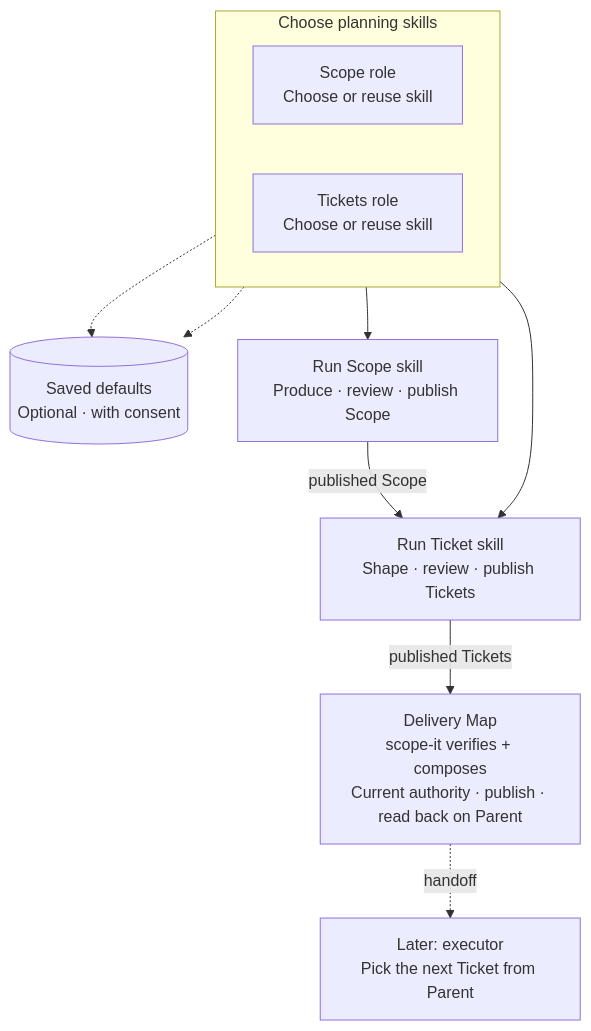
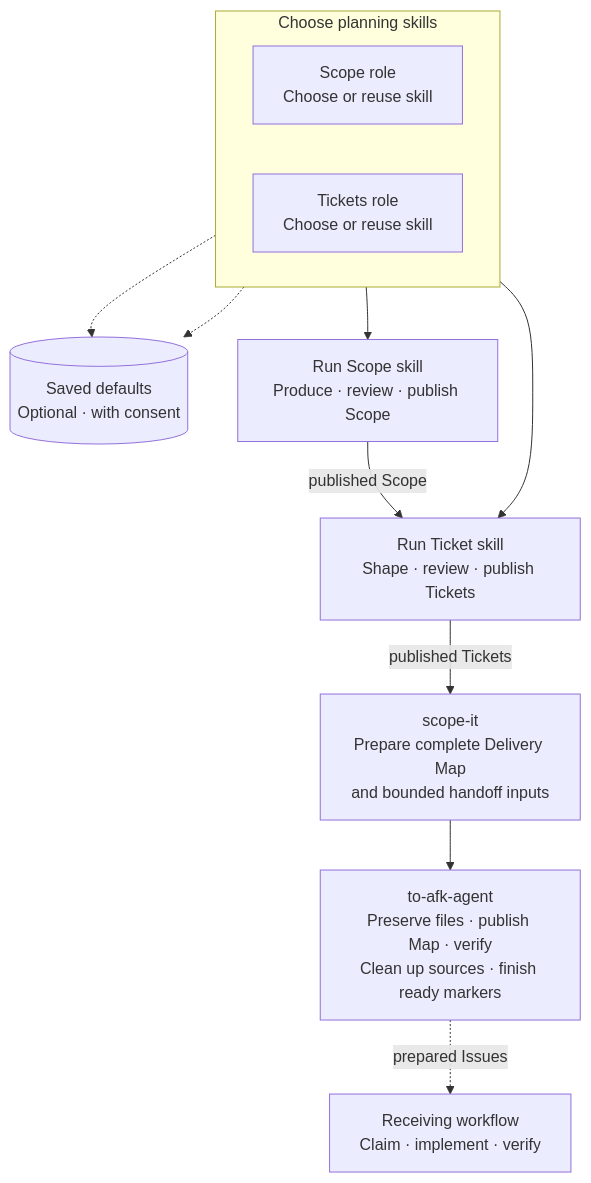
One commit to shihyuho/skills changed the diagram in skills/scope-it/README.md. Above: the diagram before and after it, drawn with Mermaid. The commit also changed other lines of this file and 6 other files, not shown here.

Commit message:
feat(scope-it): delegate AFK handoff to to-afk-agent

````diff
--- a/skills/scope-it/README.md
+++ b/skills/scope-it/README.md
@@ -15,22 +15,24 @@
 ```mermaid
 flowchart TD
     subgraph CHOOSE["Choose planning skills"]
         direction LR
         CS["Scope role<br/>Choose or reuse skill"]
         CT["Tickets role<br/>Choose or reuse skill"]
     end
 
     SAVE[("Saved defaults<br/>Optional · with consent")]
     S["Run Scope skill<br/>Produce · review · publish Scope"]
     T["Run Ticket skill<br/>Shape · review · publish Tickets"]
-    M["Delivery Map<br/>scope-it verifies + composes<br/>Current authority · publish · read back on Parent"]
-    E["Later: executor<br/>Pick the next Ticket from Parent"]
+    M["scope-it<br/>Prepare complete Delivery Map<br/>and bounded handoff inputs"]
+    H["to-afk-agent<br/>Preserve files · publish Map · verify<br/>Clean up sources · finish ready markers"]
+    E["Receiving workflow<br/>Claim · implement · verify"]
 
     CS -.-> SAVE
     CT -.-> SAVE
     CS --> S
     CT --> T
     S -->|"published Scope"| T
     T -->|"published Tickets"| M
-    M -. "handoff" .-> E
+    M --> H
+    H -. "prepared Issues" .-> E
 ```
````
